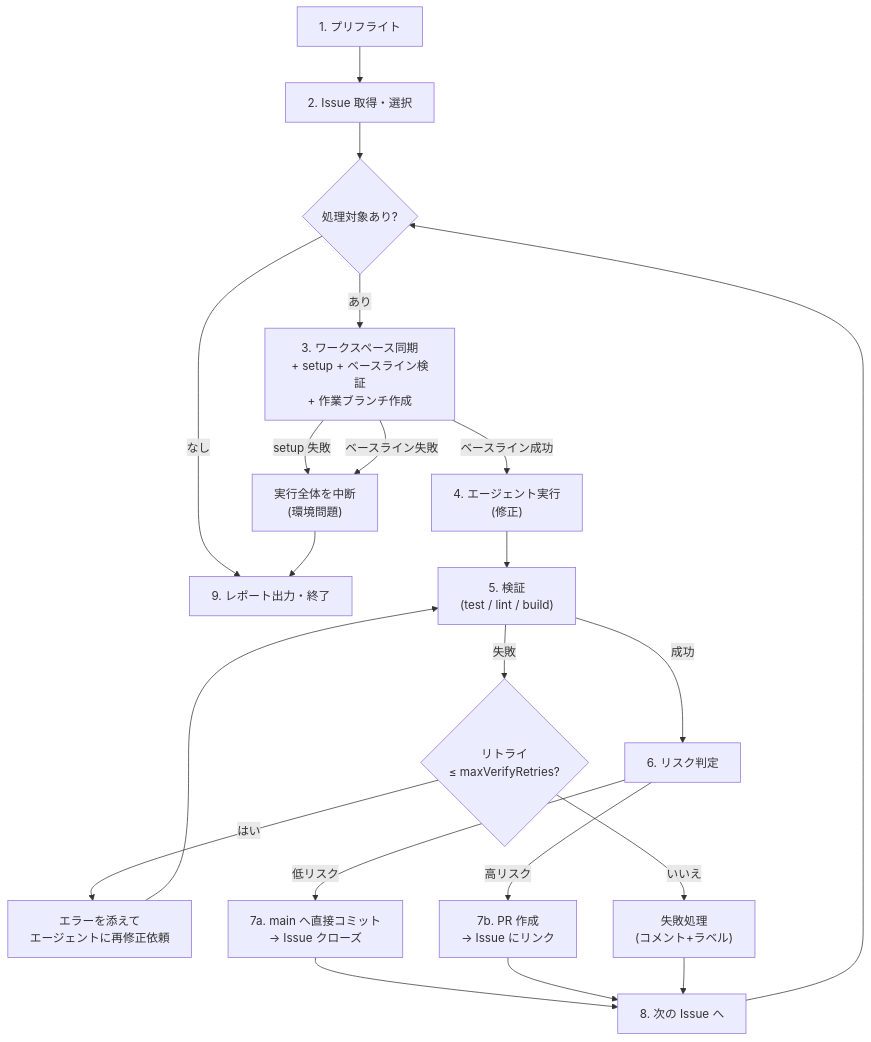
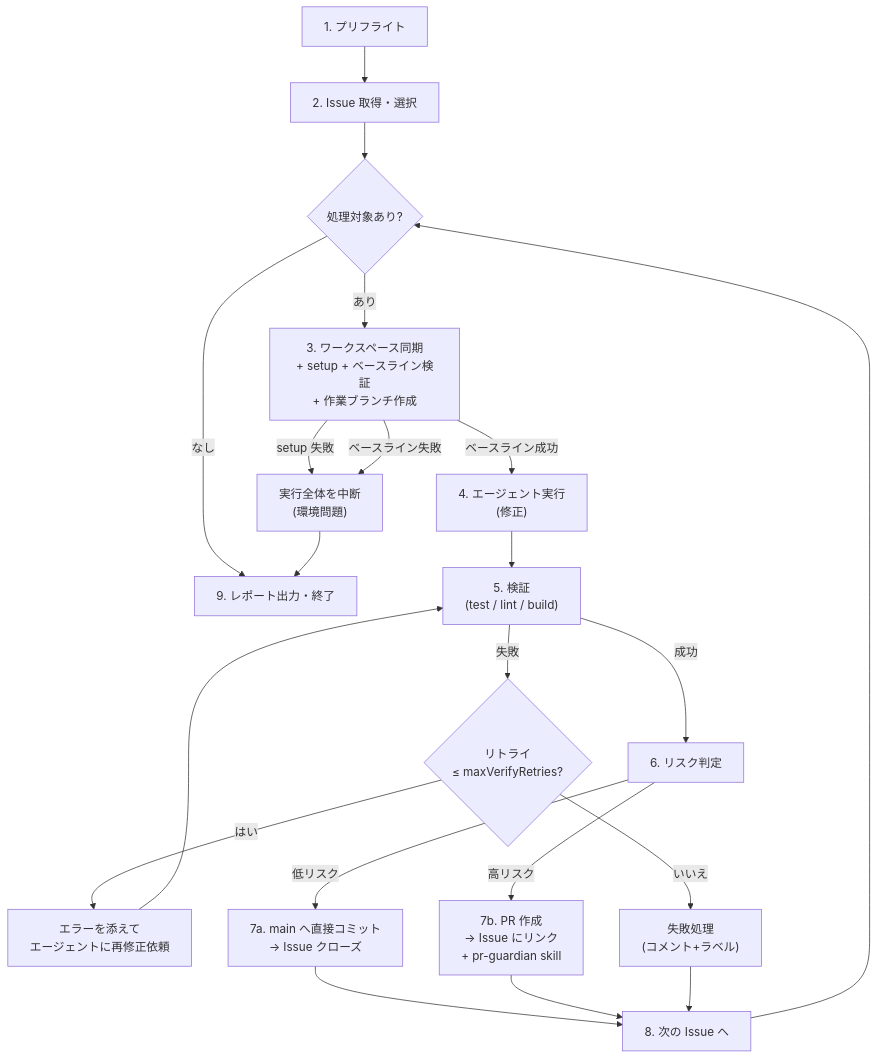
Before and after one commit to kaizen-agents-org/kaizen-loop: the diagram in docs/04-nightly-pipeline.md, drawn with Mermaid. The commit also changed other lines of this file and 13 other files, not shown here.

Commit message:
kaizen: run pr guardian skill after PR creation (#15)

````diff
--- a/docs/04-nightly-pipeline.md
+++ b/docs/04-nightly-pipeline.md
@@ -7,22 +7,22 @@
 ```mermaid
 flowchart TB
     A["1. プリフライト"] --> B["2. Issue 取得・選択"]
     B --> C{処理対象あり?}
     C -->|なし| Z["9. レポート出力・終了"]
     C -->|あり| D["3. ワークスペース同期<br/>+ setup + ベースライン検証<br/>+ 作業ブランチ作成"]
     D -->|ベースライン成功| E["4. エージェント実行<br/>(修正)"]
     D -->|setup 失敗| X["実行全体を中断<br/>(環境問題)"]
     D -->|ベースライン失敗| X
     X --> Z
     E --> F["5. 検証<br/>(test / lint / build)"]
     F -->|失敗| G{リトライ<br/>≤ maxVerifyRetries?}
     G -->|はい| E2["エラーを添えて<br/>エージェントに再修正依頼"] --> F
     G -->|いいえ| H["失敗処理<br/>(コメント+ラベル)"]
     F -->|成功| I["6. リスク判定"]
     I -->|低リスク| J["7a. main へ直接コミット<br/>→ Issue クローズ"]
-    I -->|高リスク| K["7b. PR 作成<br/>→ Issue にリンク"]
+    I -->|高リスク| K["7b. PR 作成<br/>→ Issue にリンク<br/>+ pr-guardian skill"]
     J --> L["8. 次の Issue へ"]
     K --> L
     H --> L
     L --> C
 ```
````
